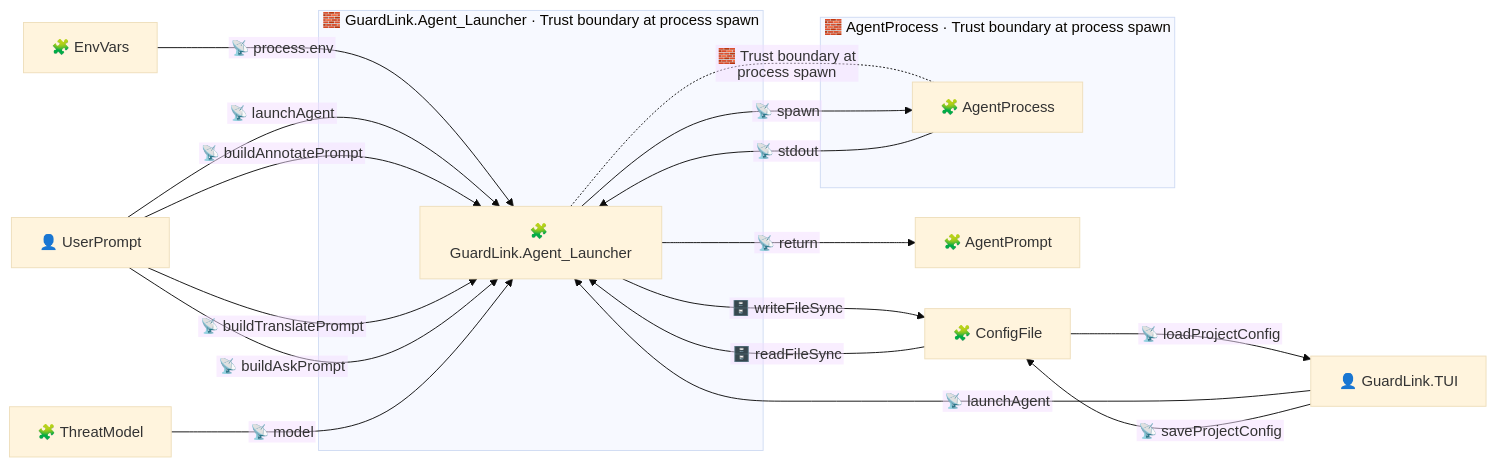
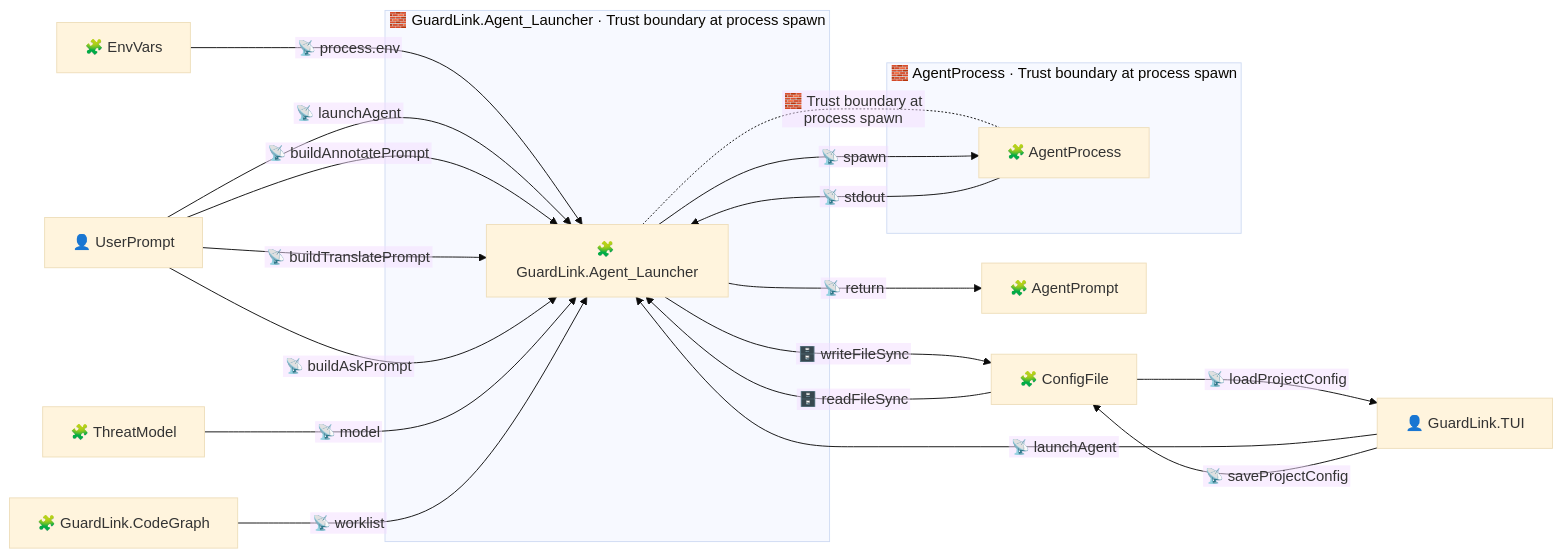
The diagram in .guardlink/graph/by-asset/agent-launcher.flows.mmd (Bugb-Technologies/guardlink), drawn with Mermaid (base theme) before and after one commit. The commit also changed 75 other files, not shown here.

```diff
--- a/.guardlink/graph/by-asset/agent-launcher.flows.mmd
+++ b/.guardlink/graph/by-asset/agent-launcher.flows.mmd
@@ -1,40 +1,42 @@
 %% GENERATED FILE — do not edit. Regenerate with: guardlink artifacts .
 %% artifact:        by-asset/agent-launcher.flows.mmd
-%% scope:           PARTIAL — #agent-launcher and its flow neighbourhood, grown until the drawing stopped fitting — 19 neighbour(s) one hop out are not shown
-%% annotation_hash: sha256-v3:f69e96fb8c398975bc8016d2de7084bd35db3dfad5a9d05ffdaafb0541e64c2d
+%% scope:           PARTIAL — #agent-launcher and its flow neighbourhood, grown until the drawing stopped fitting — 20 neighbour(s) one hop out are not shown
+%% annotation_hash: sha256-v3:22d4797ace05d0013917c10716c6b3037f7befb968393fe1b9b8f6091bcb76c9
 %% generator:       guardlink@2.1.0
 %% ---
 %% This diagram is derived from the annotations in this repository. If
 %% annotation_hash above differs from what `guardlink status .` reports, the
 %% diagram is STALE — regenerate rather than trusting it.
 %% When it was generated and at which commit: ask git. Those move for reasons
 %% unrelated to the diagram, so they are reported at emission time, not stored.
 %%{init: {"flowchart": {"nodeSpacing": 44, "rankSpacing": 58, "curve": "basis", "htmlLabels": false}}}%%
 graph LR
   subgraph Z0["🧱 GuardLink.Agent_Launcher · Trust boundary at process spawn"]
     agent_launcher["🧩 GuardLink.Agent_Launcher"]
   end
   subgraph Z1["🧱 AgentProcess · Trust boundary at process spawn"]
     agentprocess["🧩 AgentProcess"]
   end
   envvars["🧩 EnvVars"]
   configfile["🧩 ConfigFile"]
   userprompt["👤 UserPrompt"]
   threatmodel["🧩 ThreatModel"]
   agentprompt["🧩 AgentPrompt"]
+  codegraph["🧩 GuardLink.CodeGraph"]
   tui["👤 GuardLink.TUI"]
   agent_launcher -.-|🧱 Trust boundary at process spawn| agentprocess
   envvars -- "📡 process.env" --> agent_launcher
   configfile -- "🗄️ readFileSync" --> agent_launcher
   agent_launcher -- "🗄️ writeFileSync" --> configfile
   userprompt -- "📡 launchAgent" --> agent_launcher
   agent_launcher -- "📡 spawn" --> agentprocess
   agentprocess -- "📡 stdout" --> agent_launcher
   userprompt -- "📡 buildAnnotatePrompt" --> agent_launcher
   userprompt -- "📡 buildTranslatePrompt" --> agent_launcher
   userprompt -- "📡 buildAskPrompt" --> agent_launcher
   threatmodel -- "📡 model" --> agent_launcher
   agent_launcher -- "📡 return" --> agentprompt
+  codegraph -- "📡 worklist" --> agent_launcher
   tui -- "📡 launchAgent" --> agent_launcher
   configfile -- "📡 loadProjectConfig" --> tui
   tui -- "📡 saveProjectConfig" --> configfile
```
